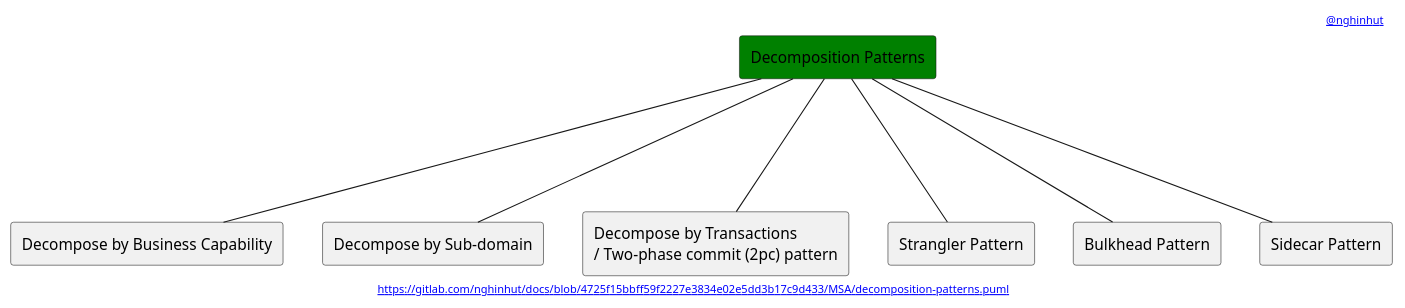
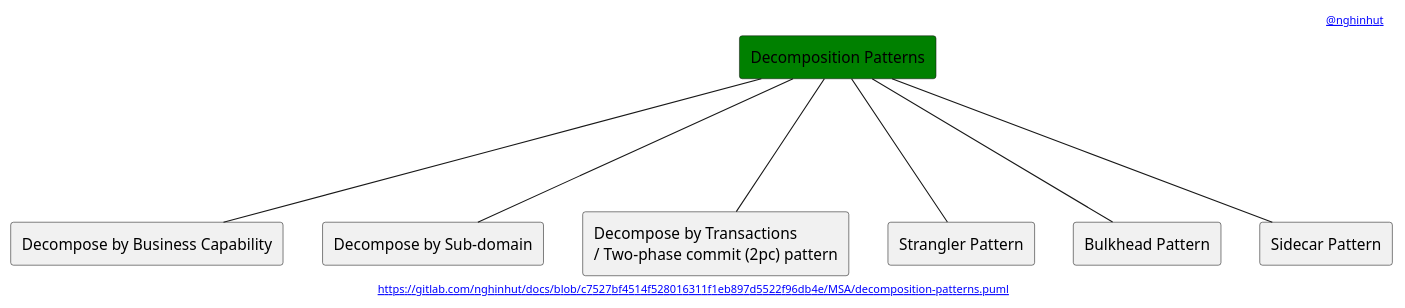
The diagram in MSA/decomposition-patterns.puml (nghinhut/docs), drawn with PlantUML before and after one commit. The commit also changed 17 other files, not shown here.

Commit message:
Update diagrams

```diff
--- a/MSA/decomposition-patterns.puml
+++ b/MSA/decomposition-patterns.puml
@@ -1,22 +1,22 @@
 @startuml
 '-----START auto generated metadata please keep comment here to allow auto update-----
 '-----DON'T EDIT THIS SECTION, INSTEAD RE-RUN prebuild.sh TO UPDATE-----
 header [[mailto:nghinhut@gmail.com @nghinhut]]
-footer [[http://www.plantuml.com/plantuml/proxy?fmt=svg&src=https://gitlab.com/nghinhut/docs/raw/4725f15bbff59f2227e3834e02e5dd3b17c9d433/MSA/decomposition-patterns.puml https://gitlab.com/nghinhut/docs/blob/4725f15bbff59f2227e3834e02e5dd3b17c9d433/MSA/decomposition-patterns.puml]]
+footer [[http://www.plantuml.com/plantuml/proxy?fmt=svg&src=https://gitlab.com/nghinhut/docs/raw/c7527bf4514f528016311f1eb897d5522f96db4e/MSA/decomposition-patterns.puml https://gitlab.com/nghinhut/docs/blob/c7527bf4514f528016311f1eb897d5522f96db4e/MSA/decomposition-patterns.puml]]
 '-----END auto generated metadata please keep comment here to allow auto update-----
 
 rectangle "Decomposition Patterns" as Decomposition #green
 
 rectangle "Decompose by Business Capability" as DecompositionP1
 rectangle "Decompose by Sub-domain" as DecompositionP2
 rectangle "Decompose by Transactions\n/ Two-phase commit (2pc) pattern" as DecompositionP3
 rectangle "Strangler Pattern" as DecompositionP4
 rectangle "Bulkhead Pattern" as DecompositionP5
 rectangle "Sidecar Pattern" as DecompositionP6
 Decomposition --- DecompositionP1
 Decomposition --- DecompositionP2
 Decomposition --- DecompositionP3
 Decomposition --- DecompositionP4
 Decomposition --- DecompositionP5
 Decomposition --- DecompositionP6
 @enduml
```
